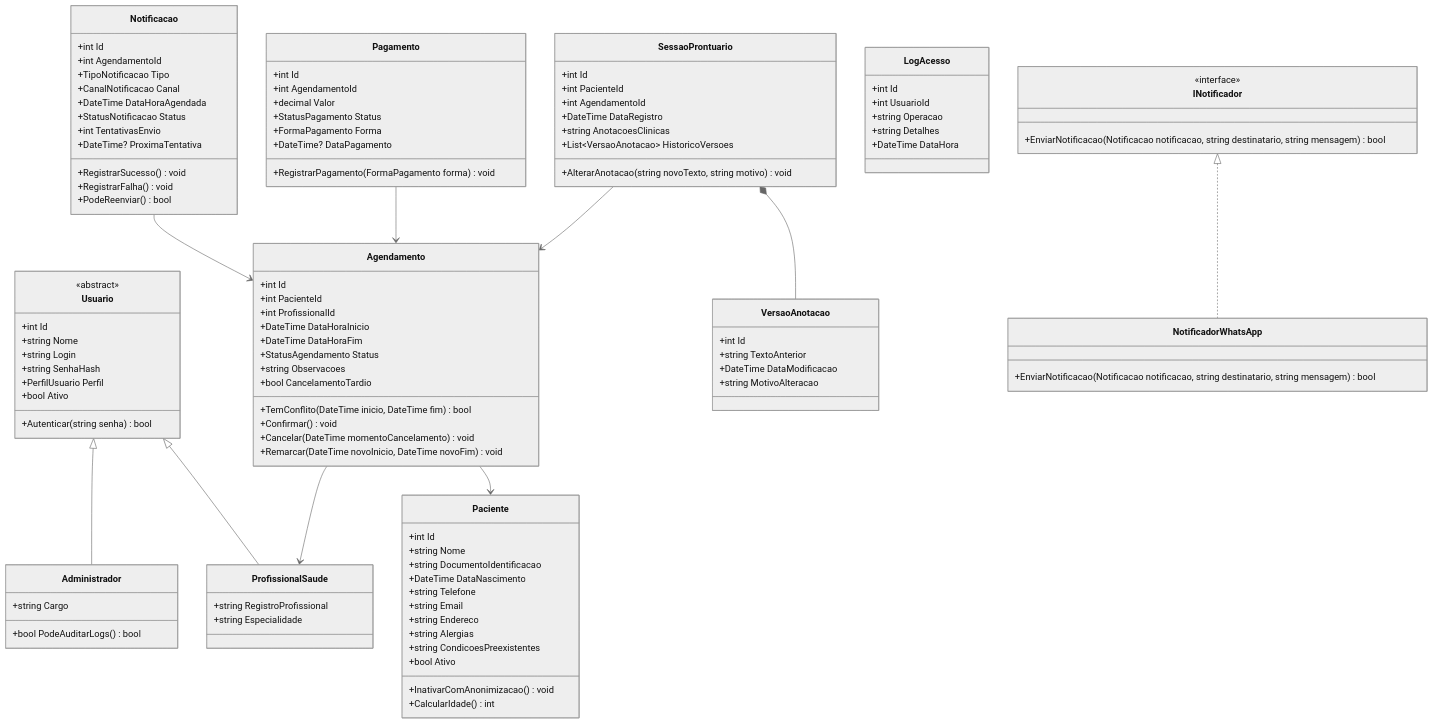
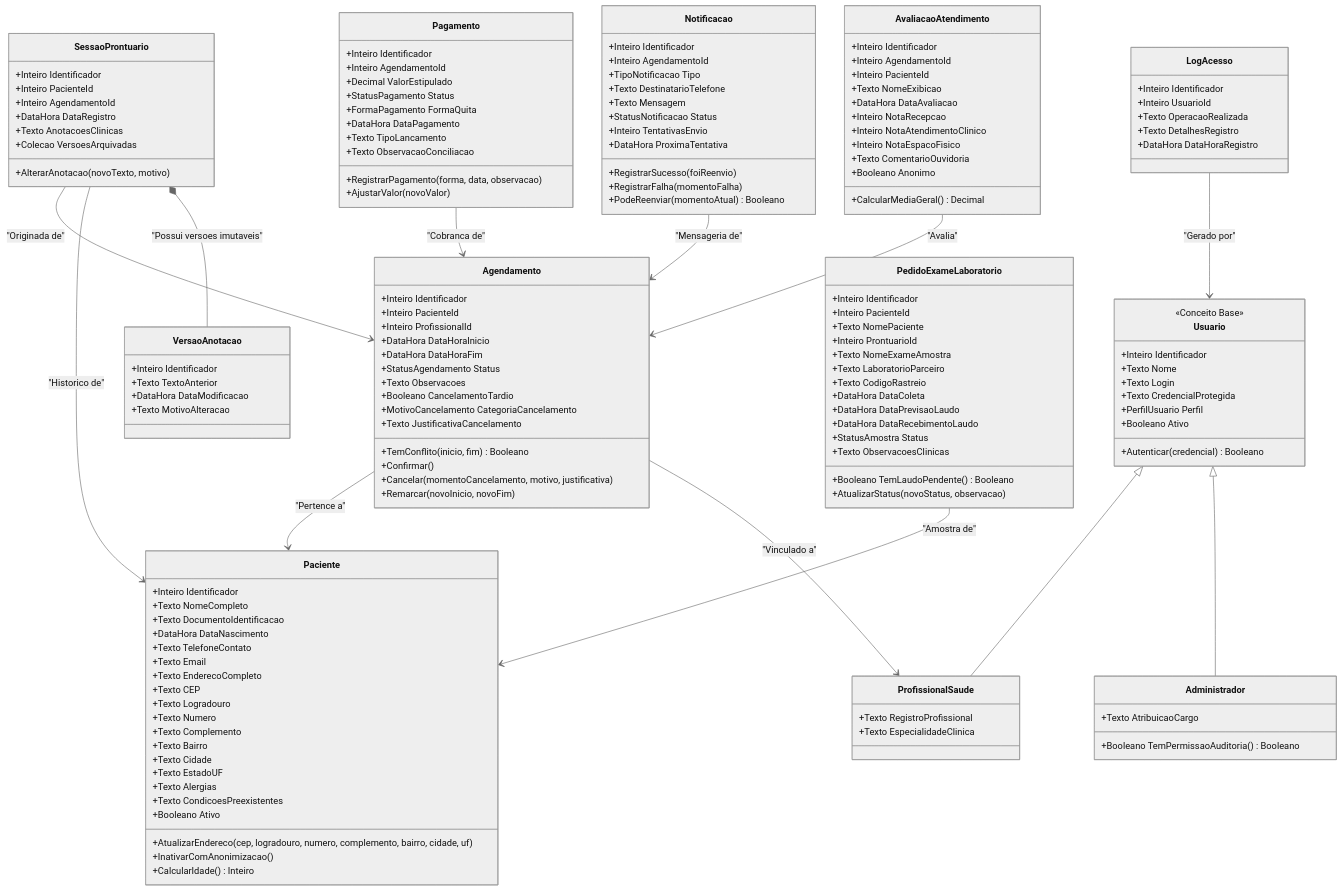
The second of 8 diagrams in docs/design/SDD_Software_Design_Document.md (Davi-Felinto/Sistema-de-Agendamento-e-Pronturio-para-Clinicas-Pequenas), drawn with Mermaid (neutral theme) before and after one commit. The commit also changed other lines of this file and 13 other files, not shown here.

First line of the commit message:
feat: transicao para piloto comercial com registro, feedback, gestao de dados e validacao agent-browser

````diff
--- a/docs/design/SDD_Software_Design_Document.md
+++ b/docs/design/SDD_Software_Design_Document.md
@@ -127,122 +89,159 @@
 ```mermaid
 classDiagram
     class Usuario {
-        <<abstract>>
-        +int Id
-        +string Nome
-        +string Login
-        +string SenhaHash
+        <<Conceito Base>>
+        +Inteiro Identificador
+        +Texto Nome
+        +Texto Login
+        +Texto CredencialProtegida
         +PerfilUsuario Perfil
-        +bool Ativo
-        +Autenticar(string senha) bool
+        +Booleano Ativo
+        +Autenticar(credencial) Booleano
     }
 
     class ProfissionalSaude {
-        +string RegistroProfissional
-        +string Especialidade
+        +Texto RegistroProfissional
+        +Texto EspecialidadeClinica
     }
 
     class Administrador {
-        +string Cargo
-        +bool PodeAuditarLogs() bool
+        +Texto AtribuicaoCargo
+        +Booleano TemPermissaoAuditoria() Booleano
+    }
+
+    class Paciente {
+        +Inteiro Identificador
+        +Texto NomeCompleto
+        +Texto DocumentoIdentificacao
+        +DataHora DataNascimento
+        +Texto TelefoneContato
+        +Texto Email
+        +Texto EnderecoCompleto
+        +Texto CEP
+        +Texto Logradouro
+        +Texto Numero
+        +Texto Complemento
+        +Texto Bairro
+        +Texto Cidade
+        +Texto EstadoUF
+        +Texto Alergias
+        +Texto CondicoesPreexistentes
+        +Booleano Ativo
+        +AtualizarEndereco(cep, logradouro, numero, complemento, bairro, cidade, uf)
+        +InativarComAnonimizacao()
+        +CalcularIdade() Inteiro
+    }
+
+    class Agendamento {
+        +Inteiro Identificador
+        +Inteiro PacienteId
+        +Inteiro ProfissionalId
+        +DataHora DataHoraInicio
+        +DataHora DataHoraFim
+        +StatusAgendamento Status
+        +Texto Observacoes
+        +Booleano CancelamentoTardio
+        +MotivoCancelamento CategoriaCancelamento
+        +Texto JustificativaCancelamento
+        +TemConflito(inicio, fim) Booleano
+        +Confirmar()
+        +Cancelar(momentoCancelamento, motivo, justificativa)
+        +Remarcar(novoInicio, novoFim)
+    }
+
+    class SessaoProntuario {
+        +Inteiro Identificador
+        +Inteiro PacienteId
+        +Inteiro AgendamentoId
+        +DataHora DataRegistro
+        +Texto AnotacoesClinicas
+        +Colecao VersoesArquivadas
+        +AlterarAnotacao(novoTexto, motivo)
+    }
+
+    class VersaoAnotacao {
+        +Inteiro Identificador
+        +Texto TextoAnterior
+        +DataHora DataModificacao
+        +Texto MotivoAlteracao
+    }
+
+    class Pagamento {
+        +Inteiro Identificador
+        +Inteiro AgendamentoId
+        +Decimal ValorEstipulado
+        +StatusPagamento Status
+        +FormaPagamento FormaQuita
+        +DataHora DataPagamento
+        +Texto TipoLancamento
+        +Texto ObservacaoConciliacao
+        +RegistrarPagamento(forma, data, observacao)
+        +AjustarValor(novoValor)
+    }
+
+    class AvaliacaoAtendimento {
+        +Inteiro Identificador
+        +Inteiro AgendamentoId
+        +Inteiro PacienteId
+        +Texto NomeExibicao
+        +DataHora DataAvaliacao
+        +Inteiro NotaRecepcao
+        +Inteiro NotaAtendimentoClinico
+        +Inteiro NotaEspacoFisico
+        +Texto ComentarioOuvidoria
+        +Booleano Anonimo
+        +CalcularMediaGeral() Decimal
+    }
+
+    class PedidoExameLaboratorio {
+        +Inteiro Identificador
+        +Inteiro PacienteId
+        +Texto NomePaciente
+        +Inteiro ProntuarioId
+        +Texto NomeExameAmostra
+        +Texto LaboratorioParceiro
+        +Texto CodigoRastreio
+        +DataHora DataColeta
+        +DataHora DataPrevisaoLaudo
+        +DataHora DataRecebimentoLaudo
+        +StatusAmostra Status
+        +Texto ObservacoesClinicas
+        +Booleano TemLaudoPendente() Booleano
+        +AtualizarStatus(novoStatus, observacao)
+    }
+
+    class Notificacao {
+        +Inteiro Identificador
+        +Inteiro AgendamentoId
+        +TipoNotificacao Tipo
+        +Texto DestinatarioTelefone
+        +Texto Mensagem
+        +StatusNotificacao Status
+        +Inteiro TentativasEnvio
+        +DataHora ProximaTentativa
+        +RegistrarSucesso(foiReenvio)
+        +RegistrarFalha(momentoFalha)
+        +PodeReenviar(momentoAtual) Booleano
+    }
+
+    class LogAcesso {
+        +Inteiro Identificador
+        +Inteiro UsuarioId
+        +Texto OperacaoRealizada
+        +Texto DetalhesRegistro
+        +DataHora DataHoraRegistro
     }
 
     Usuario <|-- ProfissionalSaude
     Usuario <|-- Administrador
-
-    class Paciente {
-        +int Id
-        +string Nome
-        +string DocumentoIdentificacao
-        +DateTime DataNascimento
-        +string Telefone
-        +string Email
-        +string Endereco
-        +string Alergias
-        +string CondicoesPreexistentes
-        +bool Ativo
-        +InativarComAnonimizacao() void
-        +CalcularIdade() int
-    }
-
-    class Agendamento {
-        +int Id
-        +int PacienteId
-        +int ProfissionalId
-        +DateTime DataHoraInicio
-        +DateTime DataHoraFim
-        +StatusAgendamento Status
-        +string Observacoes
-        +bool CancelamentoTardio
-        +TemConflito(DateTime inicio, DateTime fim) bool
-        +Confirmar() void
-        +Cancelar(DateTime momentoCancelamento) void
-        +Remarcar(DateTime novoInicio, DateTime novoFim) void
-    }
-
-    class SessaoProntuario {
-        +int Id
-        +int PacienteId
-        +int AgendamentoId
-        +DateTime DataRegistro
-        +string AnotacoesClinicas
-        +List~VersaoAnotacao~ HistoricoVersoes
-        +AlterarAnotacao(string novoTexto, string motivo) void
-    }
-
-    class VersaoAnotacao {
-        +int Id
-        +string TextoAnterior
-        +DateTime DataModificacao
-        +string MotivoAlteracao
-    }
-
-    class Pagamento {
-        +int Id
-        +int AgendamentoId
-        +decimal Valor
-        +StatusPagamento Status
-        +FormaPagamento Forma
-        +DateTime? DataPagamento
-        +RegistrarPagamento(FormaPagamento forma) void
-    }
-
-    class Notificacao {
-        +int Id
-        +int AgendamentoId
-        +TipoNotificacao Tipo
-        +CanalNotificacao Canal
-        +DateTime DataHoraAgendada
-        +StatusNotificacao Status
-        +int TentativasEnvio
-        +DateTime? ProximaTentativa
-        +RegistrarSucesso() void
-        +RegistrarFalha() void
-        +PodeReenviar() bool
-    }
-
-    class LogAcesso {
-        +int Id
-        +int UsuarioId
-        +string Operacao
-        +string Detalhes
-        +DateTime DataHora
-    }
-
-    class INotificador {
-        <<interface>>
-        +EnviarNotificacao(Notificacao notificacao, string destinatario, string mensagem) bool
-    }
-
-    class NotificadorWhatsApp {
-        +EnviarNotificacao(Notificacao notificacao, string destinatario, string mensagem) bool
-    }
-
-    SessaoProntuario *-- VersaoAnotacao
-    INotificador <|.. NotificadorWhatsApp
-    Agendamento --> Paciente
-    Agendamento --> ProfissionalSaude
-    SessaoProntuario --> Agendamento
-    Pagamento --> Agendamento
-    Notificacao --> Agendamento
+    Agendamento --> Paciente : "Pertence a"
+    Agendamento --> ProfissionalSaude : "Vinculado a"
+    SessaoProntuario --> Agendamento : "Originada de"
+    SessaoProntuario --> Paciente : "Historico de"
+    SessaoProntuario *-- VersaoAnotacao : "Possui versoes imutaveis"
+    Pagamento --> Agendamento : "Cobranca de"
+    Notificacao --> Agendamento : "Mensageria de"
+    AvaliacaoAtendimento --> Agendamento : "Avalia"
+    PedidoExameLaboratorio --> Paciente : "Amostra de"
+    LogAcesso --> Usuario : "Gerado por"
 ```
````
